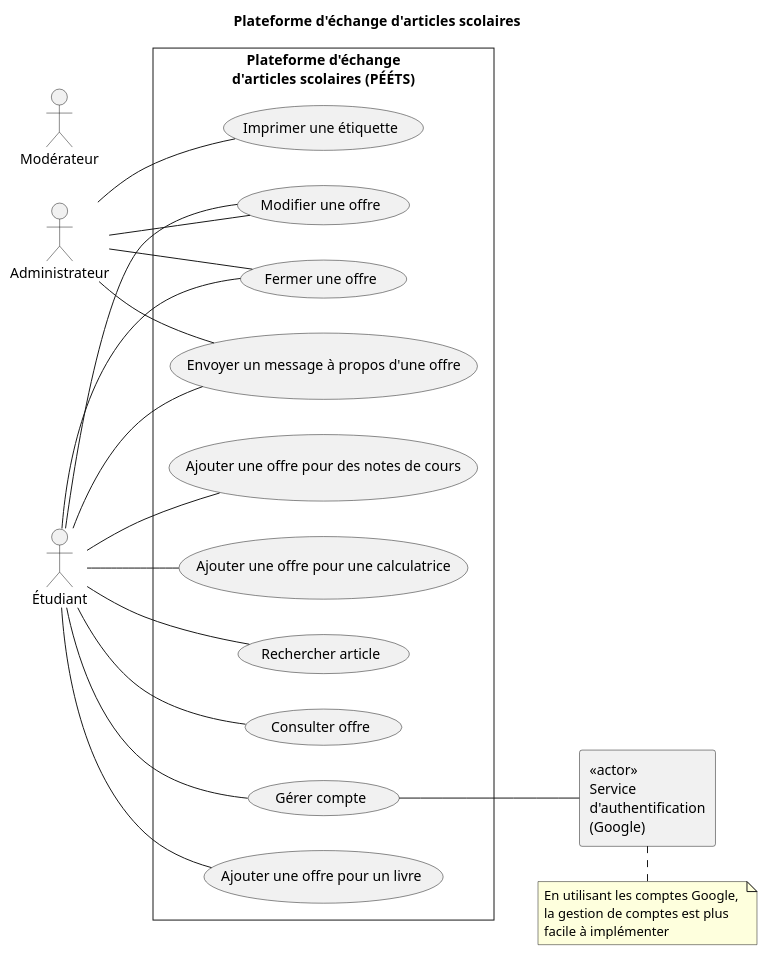
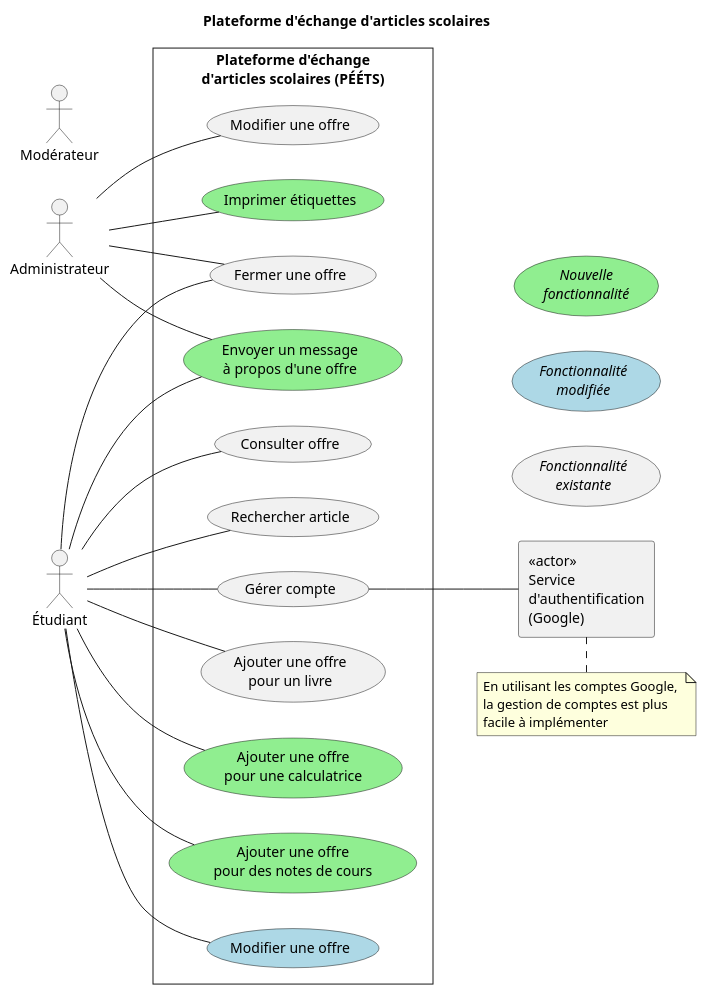
The diagram in OOAD/usecase.puml (fuhrmanator/gti792-peets), drawn with PlantUML before and after one commit.

Commit message:
Mise à jour pour la fin PFE
Added a legend with use-case colors to show what was added, modified, etc.

```diff
--- a/OOAD/usecase.puml
+++ b/OOAD/usecase.puml
@@ -1,32 +1,47 @@
 @startuml
 title Plateforme d'échange d'articles scolaires
 left to right direction
 skinparam style strictuml
 skinparam packageStyle rect
 actor Administrateur
 actor Étudiant
 actor Modérateur
 rectangle "<<actor>>\nService\nd'authentification\n(Google)" as SA
 rectangle "Plateforme d'échange\nd'articles scolaires (PÉÉTS)" {
-  Étudiant -- (Gérer compte)
-  (Gérer compte) -- SA
-  Étudiant -- (Ajouter une offre pour un livre)
-  Étudiant -- (Ajouter une offre pour des notes de cours)
-  Étudiant -- (Ajouter une offre pour une calculatrice)
-  Étudiant -- (Modifier une offre)
-  Étudiant -- (Fermer une offre)
+  (Gérer compte) as GC
+  (Ajouter une offre\npour un livre) as AOL
+  (Ajouter une offre\npour une calculatrice) as AOC #lightgreen
+  (Ajouter une offre\npour des notes de cours) as AON #lightgreen
+  (Modifier une offre) as MO #lightblue
+  (Envoyer un message\nà propos d'une offre) as EM #lightgreen
+  (Imprimer étiquettes) as IE #lightgreen
+  Étudiant -- GC
+  GC -- SA
+  Étudiant -- AOL
+  Étudiant -- AON
+  Étudiant -- AOC
+  Étudiant -- MO
+  Étudiant -- (Fermer une offre) 
   Étudiant -- (Rechercher article)
   Étudiant -- (Consulter offre)
-  Étudiant -- (Envoyer un message à propos d'une offre)
+  Étudiant -- EM
   Administrateur -- (Modifier une offre)
   Administrateur -- (Fermer une offre)
-  Administrateur -- (Imprimer une étiquette)
-  Administrateur -- (Envoyer un message à propos d'une offre)
+  Administrateur -- IE
+  Administrateur -- EM
 }
+'légende, expliquer les couleurs
+(//Nouvelle//\n//fonctionnalité//) as nf #lightgreen
+(//Fonctionnalité//\n//modifiée//) as fm #lightblue
+(//Fonctionnalité//\n//existante//) as fe
+'forcer une mise en page avec les lignes cachées
+nf -[#transparent]right- fm
+fm -[#transparent]right- fe
+fe -[#transparent]right- SA
 note as N1
  En utilisant les comptes Google, 
  la gestion de comptes est plus
  facile à implémenter
 end note
 SA . N1
 @enduml
```
